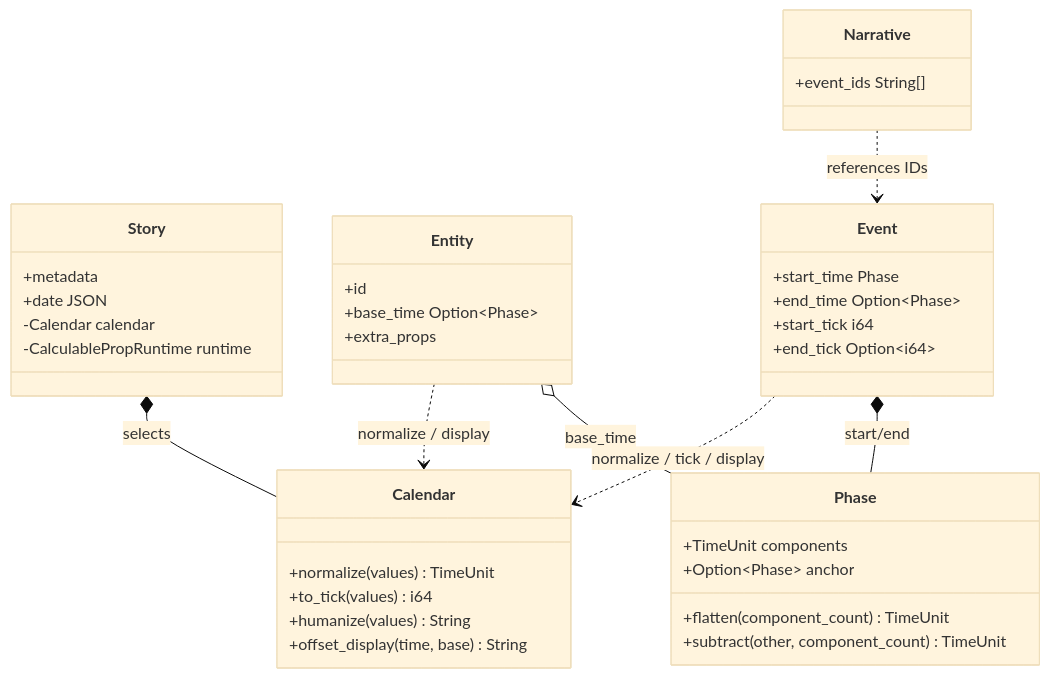
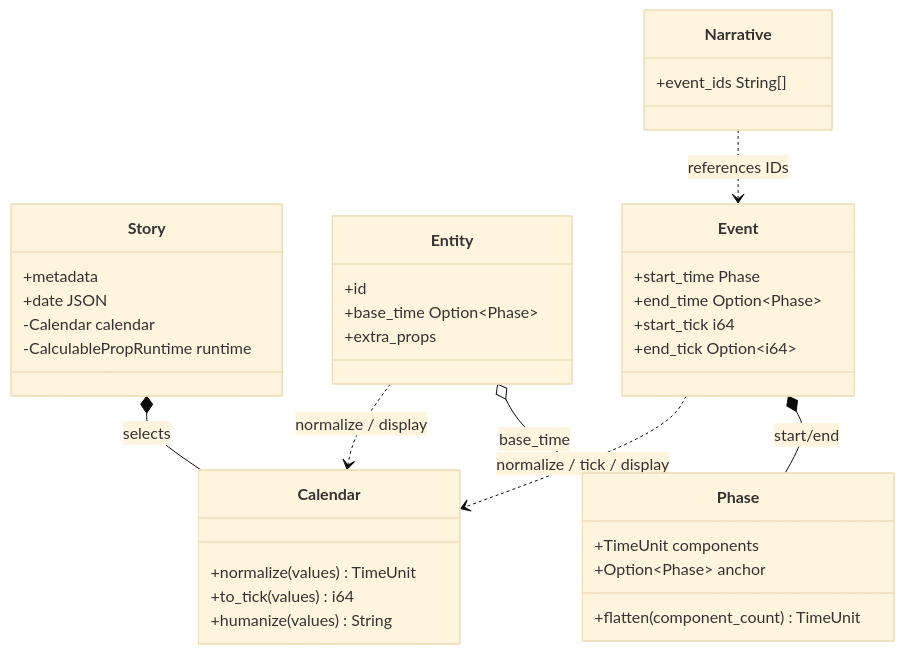
The first of 2 diagrams in docs/src/design/README.md (asinkLuno/weft), drawn with Mermaid (base theme) before and after one commit. The commit also changed 5 other files, not shown here.

````diff
--- a/docs/src/design/README.md
+++ b/docs/src/design/README.md
@@ -5,41 +5,39 @@
 ```mermaid
 classDiagram
     class Phase {
         +TimeUnit components
         +Option~Phase~ anchor
         +flatten(component_count) TimeUnit
-        +subtract(other, component_count) TimeUnit
     }
     class Calendar {
         +normalize(values) TimeUnit
         +to_tick(values) i64
         +humanize(values) String
-        +offset_display(time, base) String
     }
     class Story {
         +metadata
         +date JSON
         -Calendar calendar
         -CalculablePropRuntime runtime
     }
     class Entity {
         +id
         +base_time Option~Phase~
         +extra_props
     }
     class Event {
         +start_time Phase
         +end_time Option~Phase~
         +start_tick i64
         +end_tick Option~i64~
     }
     class Narrative {
         +event_ids String[]
     }
     Story *-- Calendar : selects
     Entity o-- Phase : base_time
     Event *-- Phase : start/end
     Event ..> Calendar : normalize / tick / display
     Entity ..> Calendar : normalize / display
     Narrative ..> Event : references IDs
 ```
````
